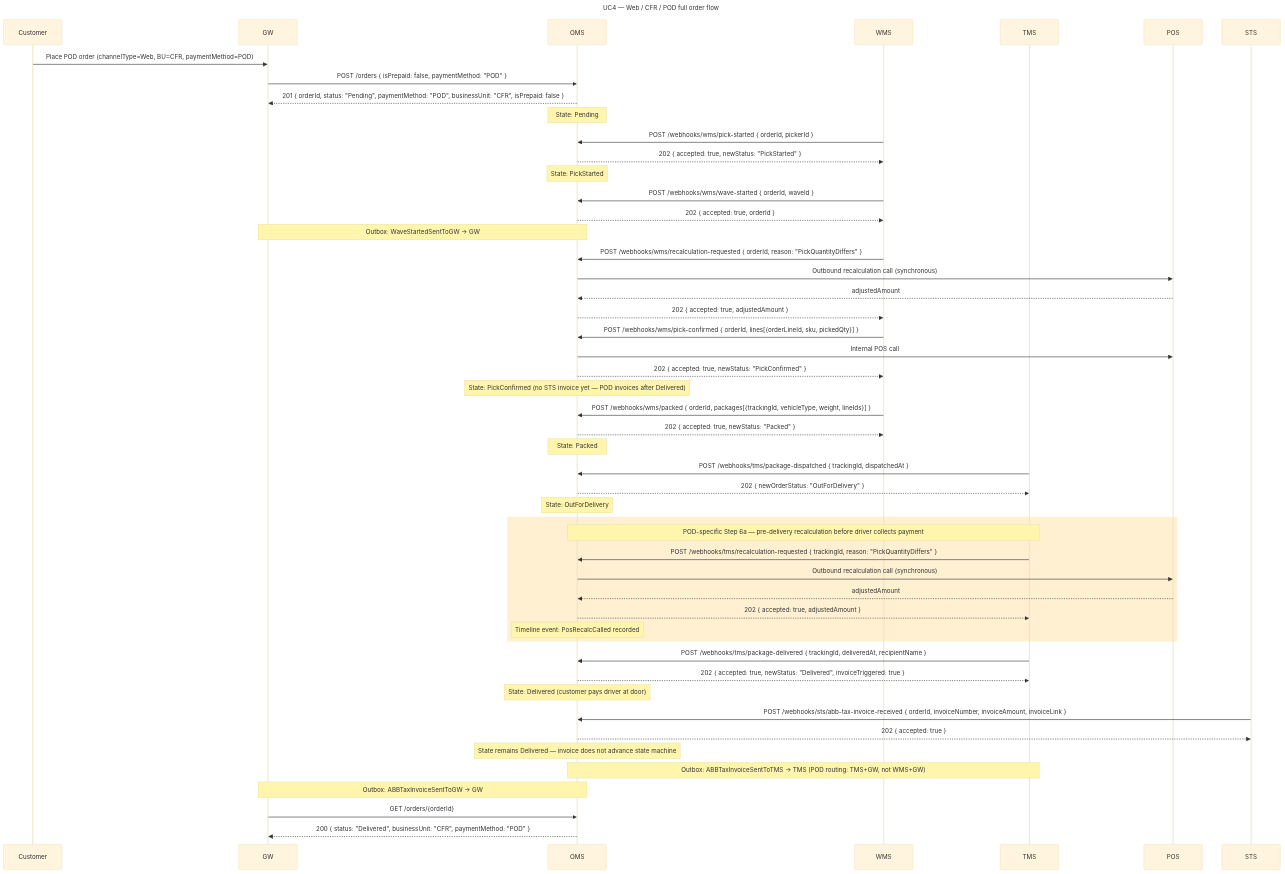
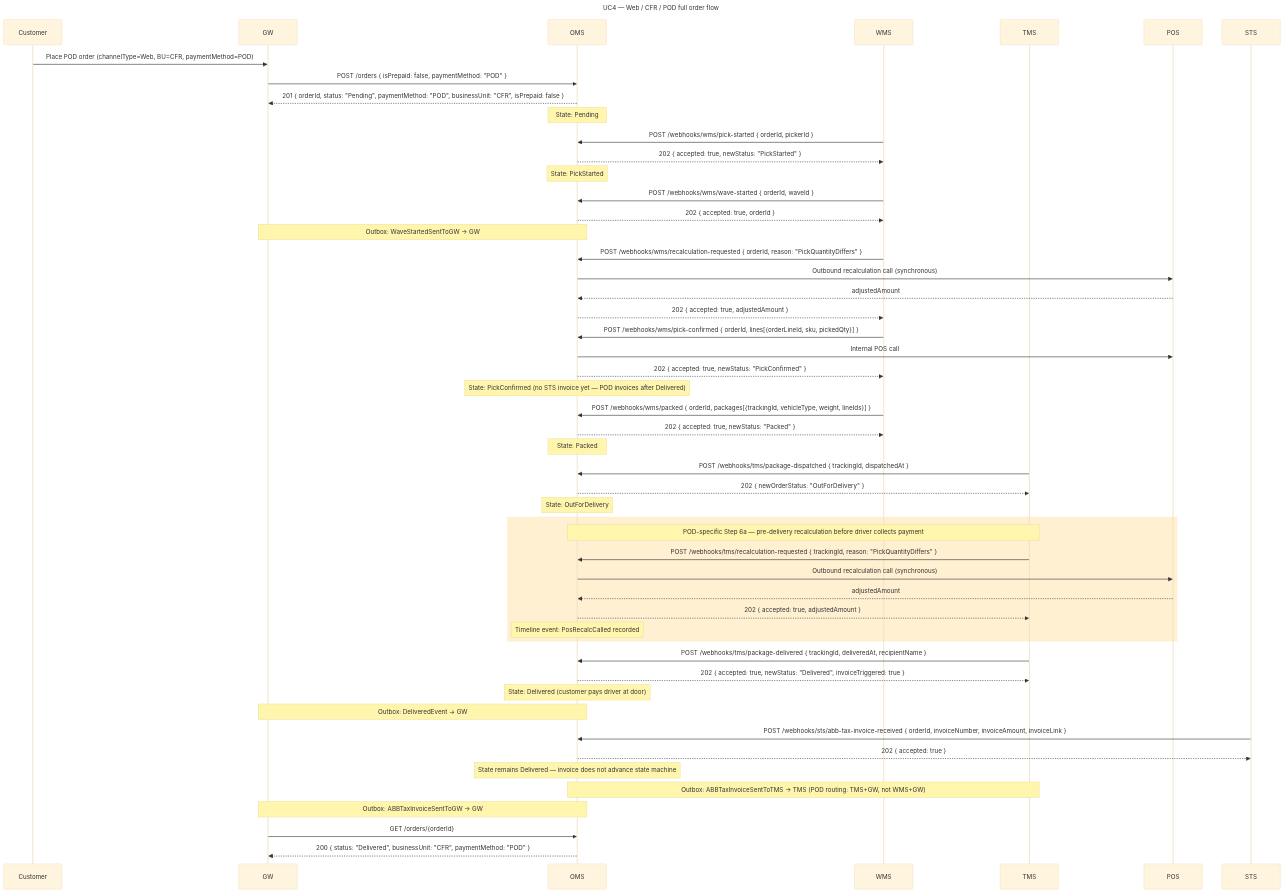
The fourth of 13 diagrams in docs/oms-e2e-sequence-diagrams.md (rosered11/oms-claude), drawn with Mermaid (base theme) before and after one commit. The commit also changed other lines of this file and 31 other files, not shown here.

````diff
--- a/docs/oms-e2e-sequence-diagrams.md
+++ b/docs/oms-e2e-sequence-diagrams.md
@@ -206,65 +210,66 @@
 ```mermaid
 sequenceDiagram
   title: UC4 — Web / CFR / POD full order flow
 
   participant Customer
   participant GW
   participant OMS
   participant WMS
   participant TMS
   participant POS
   participant STS
 
   Customer->>GW: Place POD order (channelType=Web, BU=CFR, paymentMethod=POD)
   GW->>OMS: POST /orders { isPrepaid: false, paymentMethod: "POD" }
   OMS-->>GW: 201 { orderId, status: "Pending", paymentMethod: "POD", businessUnit: "CFR", isPrepaid: false }
   Note over OMS: State: Pending
 
   WMS->>OMS: POST /webhooks/wms/pick-started { orderId, pickerId }
   OMS-->>WMS: 202 { accepted: true, newStatus: "PickStarted" }
   Note over OMS: State: PickStarted
 
   WMS->>OMS: POST /webhooks/wms/wave-started { orderId, waveId }
   OMS-->>WMS: 202 { accepted: true, orderId }
   Note over OMS,GW: Outbox: WaveStartedSentToGW → GW
 
   WMS->>OMS: POST /webhooks/wms/recalculation-requested { orderId, reason: "PickQuantityDiffers" }
   OMS->>POS: Outbound recalculation call (synchronous)
   POS-->>OMS: adjustedAmount
   OMS-->>WMS: 202 { accepted: true, adjustedAmount }
 
   WMS->>OMS: POST /webhooks/wms/pick-confirmed { orderId, lines[{orderLineId, sku, pickedQty}] }
   OMS->>POS: Internal POS call
   OMS-->>WMS: 202 { accepted: true, newStatus: "PickConfirmed" }
   Note over OMS: State: PickConfirmed (no STS invoice yet — POD invoices after Delivered)
 
   WMS->>OMS: POST /webhooks/wms/packed { orderId, packages[{trackingId, vehicleType, weight, lineIds}] }
   OMS-->>WMS: 202 { accepted: true, newStatus: "Packed" }
   Note over OMS: State: Packed
 
   TMS->>OMS: POST /webhooks/tms/package-dispatched { trackingId, dispatchedAt }
   OMS-->>TMS: 202 { newOrderStatus: "OutForDelivery" }
   Note over OMS: State: OutForDelivery
 
   rect rgb(255, 240, 210)
     Note over TMS,OMS: POD-specific Step 6a — pre-delivery recalculation before driver collects payment
     TMS->>OMS: POST /webhooks/tms/recalculation-requested { trackingId, reason: "PickQuantityDiffers" }
     OMS->>POS: Outbound recalculation call (synchronous)
     POS-->>OMS: adjustedAmount
     OMS-->>TMS: 202 { accepted: true, adjustedAmount }
     Note over OMS: Timeline event: PosRecalcCalled recorded
   end
 
   TMS->>OMS: POST /webhooks/tms/package-delivered { trackingId, deliveredAt, recipientName }
   OMS-->>TMS: 202 { accepted: true, newStatus: "Delivered", invoiceTriggered: true }
   Note over OMS: State: Delivered (customer pays driver at door)
+  Note over OMS,GW: Outbox: DeliveredEvent → GW
 
   STS->>OMS: POST /webhooks/sts/abb-tax-invoice-received { orderId, invoiceNumber, invoiceAmount, invoiceLink }
   OMS-->>STS: 202 { accepted: true }
   Note over OMS: State remains Delivered — invoice does not advance state machine
   Note over OMS,TMS: Outbox: ABBTaxInvoiceSentToTMS → TMS (POD routing: TMS+GW, not WMS+GW)
   Note over OMS,GW: Outbox: ABBTaxInvoiceSentToGW → GW
 
   GW->>OMS: GET /orders/{orderId}
   OMS-->>GW: 200 { status: "Delivered", businessUnit: "CFR", paymentMethod: "POD" }
 ```
````
